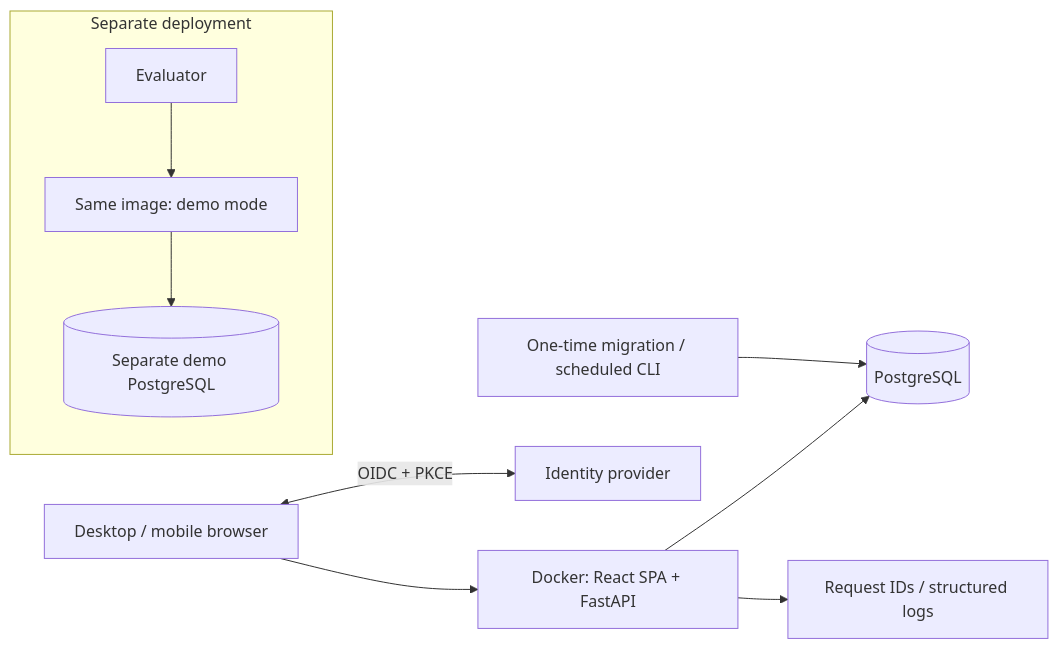
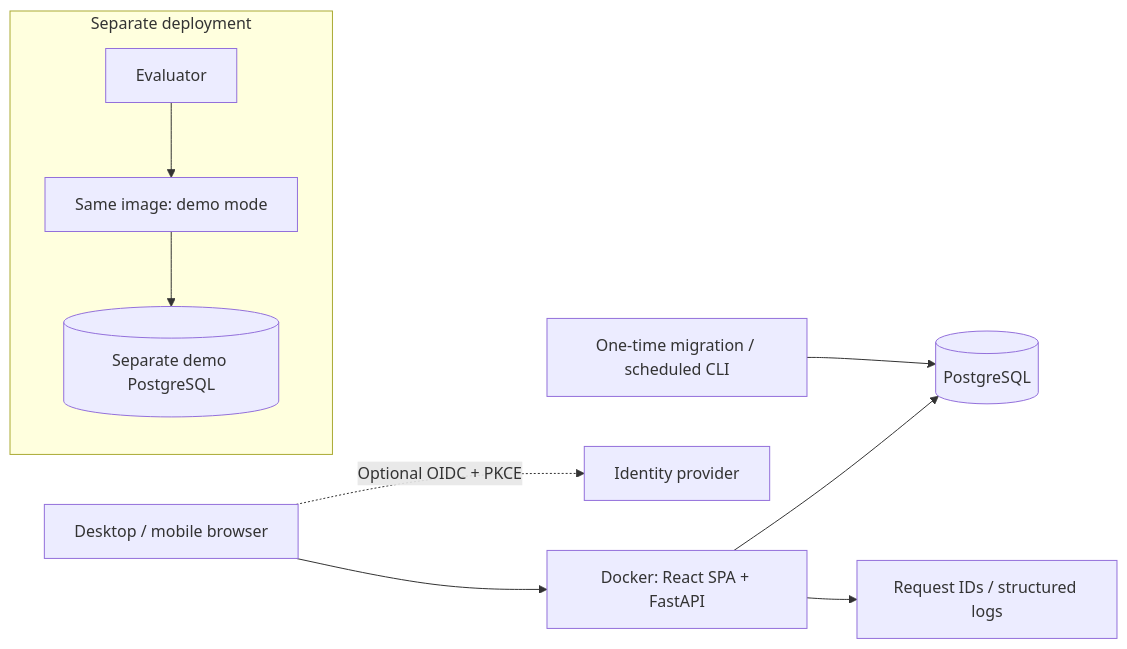
One commit to Hugueninfer/orbit changed the diagram in README.md. Above: the diagram before and after it, drawn with Mermaid. The commit also changed other lines of this file and 33 other files, not shown here.

````diff
--- a/README.md
+++ b/README.md
@@ -64,12 +64,12 @@
 ```mermaid
 flowchart LR
   Browser[Desktop / mobile browser] --> App[Docker: React SPA + FastAPI]
-  Browser <-->|OIDC + PKCE| Identity[Identity provider]
+  Browser -.->|Optional OIDC + PKCE| Identity[Identity provider]
   App --> DB[(PostgreSQL)]
   App --> Logs[Request IDs / structured logs]
   Job[One-time migration / scheduled CLI] --> DB
   subgraph Separate deployment
     DemoBrowser[Evaluator] --> Demo[Same image: demo mode]
     Demo --> DemoDB[(Separate demo PostgreSQL)]
   end
 ```
````
